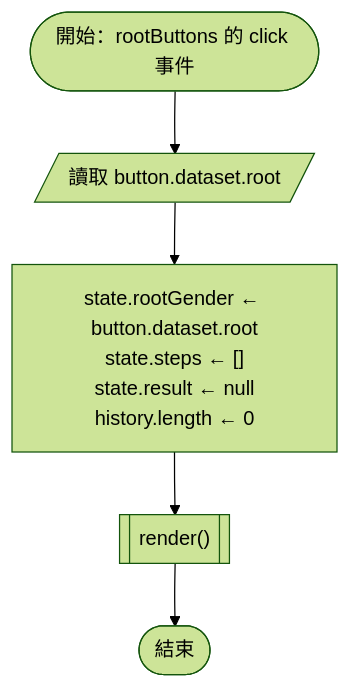
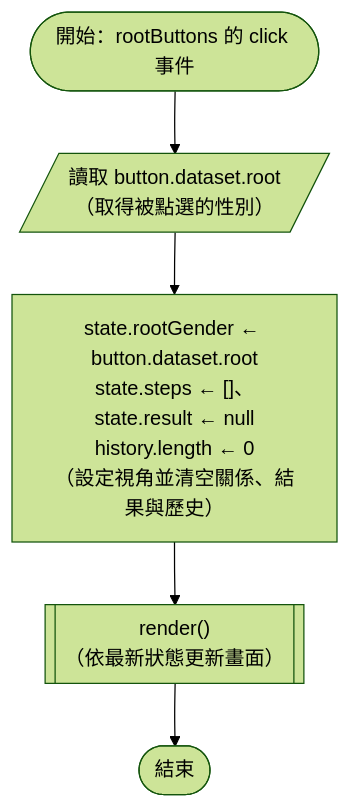
Before and after one commit to Chuen666666/hw3: the second of 29 diagrams in README.md, drawn with Mermaid (forest theme). The commit also changed other lines of this file and 1 other file, not shown here.

Commit message:
補充流程圖程式碼中文說明

````diff
--- a/README.md
+++ b/README.md
@@ -20,7 +20,7 @@
 ```mermaid
 flowchart TD
-    START(["開始：rootButtons 的 click 事件"]) --> READ[/"讀取 button.dataset.root"/]
-    READ --> SET["state.rootGender ← button.dataset.root<br/>state.steps ← []<br/>state.result ← null<br/>history.length ← 0"]
-    SET --> RENDER[["render()"]]
+    START(["開始：rootButtons 的 click 事件"]) --> READ[/"讀取 button.dataset.root<br/>（取得被點選的性別）"/]
+    READ --> SET["state.rootGender ← button.dataset.root<br/>state.steps ← []、state.result ← null<br/>history.length ← 0<br/>（設定視角並清空關係、結果與歷史）"]
+    SET --> RENDER[["render()<br/>（依最新狀態更新畫面）"]]
     RENDER --> END(["結束"])
 ```
````
